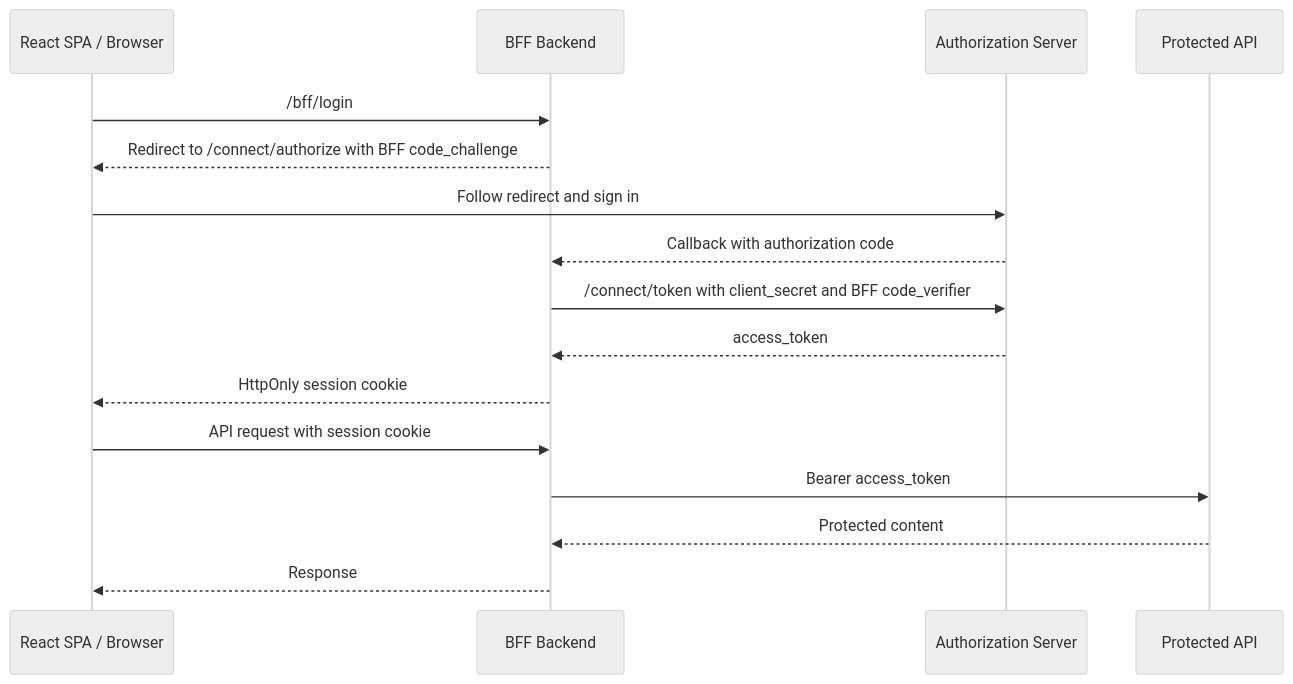
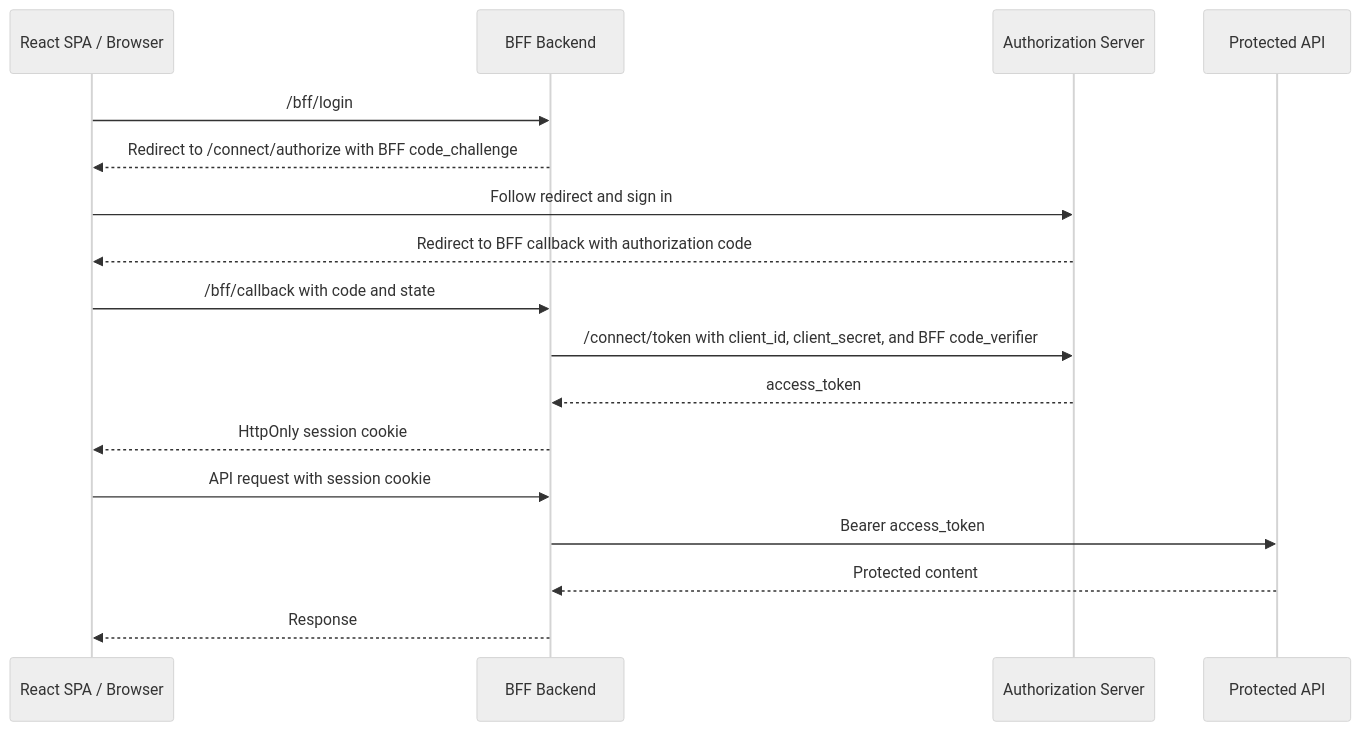
One commit to haoyucheng369-gif/identity-platform changed the ninth of 10 diagrams in README.md. Above: the diagram before and after it, drawn with Mermaid (neutral theme). The commit also changed other lines of this file, not shown here.

Commit message:
Align README auth diagrams with request flow

````diff
--- a/README.md
+++ b/README.md
@@ -162,19 +167,20 @@
 ```mermaid
 sequenceDiagram
     participant Browser as React SPA / Browser
     participant BFF as BFF Backend
     participant Auth as Authorization Server
     participant API as Protected API
 
     Browser->>BFF: /bff/login
     BFF-->>Browser: Redirect to /connect/authorize with BFF code_challenge
     Browser->>Auth: Follow redirect and sign in
-    Auth-->>BFF: Callback with authorization code
-    BFF->>Auth: /connect/token with client_secret and BFF code_verifier
+    Auth-->>Browser: Redirect to BFF callback with authorization code
+    Browser->>BFF: /bff/callback with code and state
+    BFF->>Auth: /connect/token with client_id, client_secret, and BFF code_verifier
     Auth-->>BFF: access_token
     BFF-->>Browser: HttpOnly session cookie
     Browser->>BFF: API request with session cookie
     BFF->>API: Bearer access_token
     API-->>BFF: Protected content
     BFF-->>Browser: Response
 ```
````
